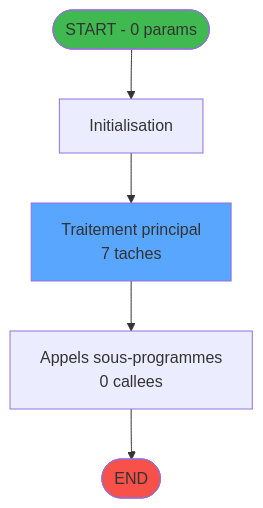
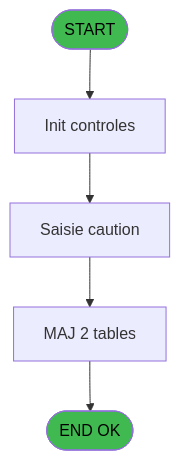
Before and after one commit to thonyAGP/magic-migration: the first of 3 diagrams in .openspec/specs/ADH-IDE-165.md, drawn with Mermaid. The commit also changed other lines of this file and 253 other files, not shown here.

````diff
--- a/.openspec/specs/ADH-IDE-165.md
+++ b/.openspec/specs/ADH-IDE-165.md
@@ -84,14 +398,14 @@
 ```mermaid
 flowchart TD
-    START([START - 0 params])
-    INIT["Initialisation"]
-    PROCESS["Traitement principal<br/>7 taches"]
-    CALLS["Appels sous-programmes<br/>0 callees"]
-    ENDOK([END])
+    START([START])
+    INIT[Init controles]
+    SAISIE[Saisie caution]
+    UPDATE[MAJ 2 tables]
+    ENDOK([END OK])
 
-    START --> INIT --> PROCESS --> CALLS --> ENDOK
+    START --> INIT --> SAISIE
+    SAISIE --> UPDATE --> ENDOK
 
-    style START fill:#3fb950
-    style ENDOK fill:#f85149
-    style PROCESS fill:#58a6ff
+    style START fill:#3fb950,color:#000
+    style ENDOK fill:#3fb950,color:#000
 ```
````
